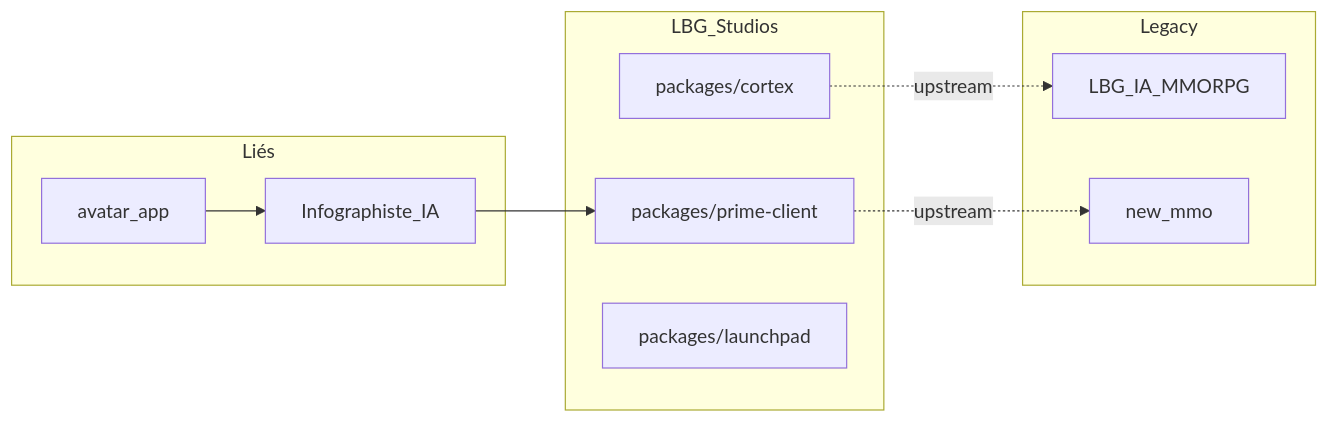
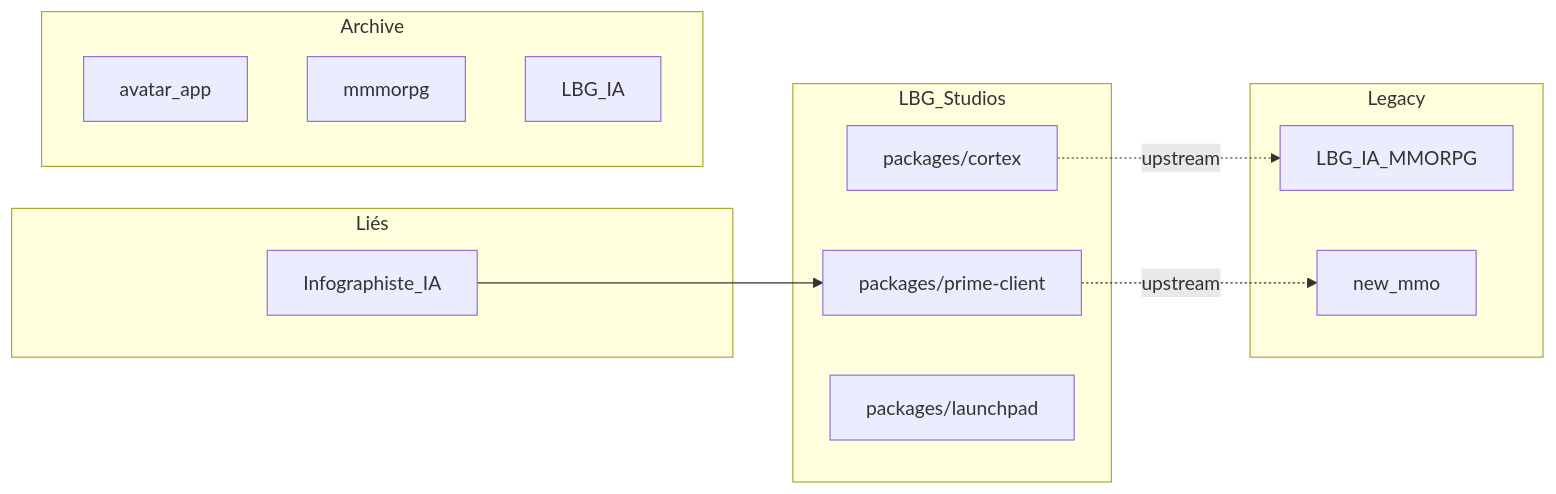
The diagram in docs/REGISTRE.md (Teome0245/LBG_Studios), drawn with Mermaid before and after one commit. The commit also changed other lines of this file and 3 other files, not shown here.

````diff
--- a/docs/REGISTRE.md
+++ b/docs/REGISTRE.md
@@ -50,20 +50,23 @@
 ```mermaid
 flowchart LR
   subgraph studios["LBG_Studios"]
     CX["packages/cortex"]
     PC["packages/prime-client"]
     LP["packages/launchpad"]
   end
   subgraph linked["Liés"]
     INFO["Infographiste_IA"]
+  end
+  subgraph arch["Archive"]
     AVA["avatar_app"]
+    MMM["mmmorpg"]
+    LIA["LBG_IA"]
   end
   subgraph legacy["Legacy"]
     MMO["LBG_IA_MMORPG"]
     NM["new_mmo"]
   end
   INFO --> PC
-  AVA --> INFO
   CX -.->|"upstream"| MMO
   PC -.->|"upstream"| NM
 ```
````
